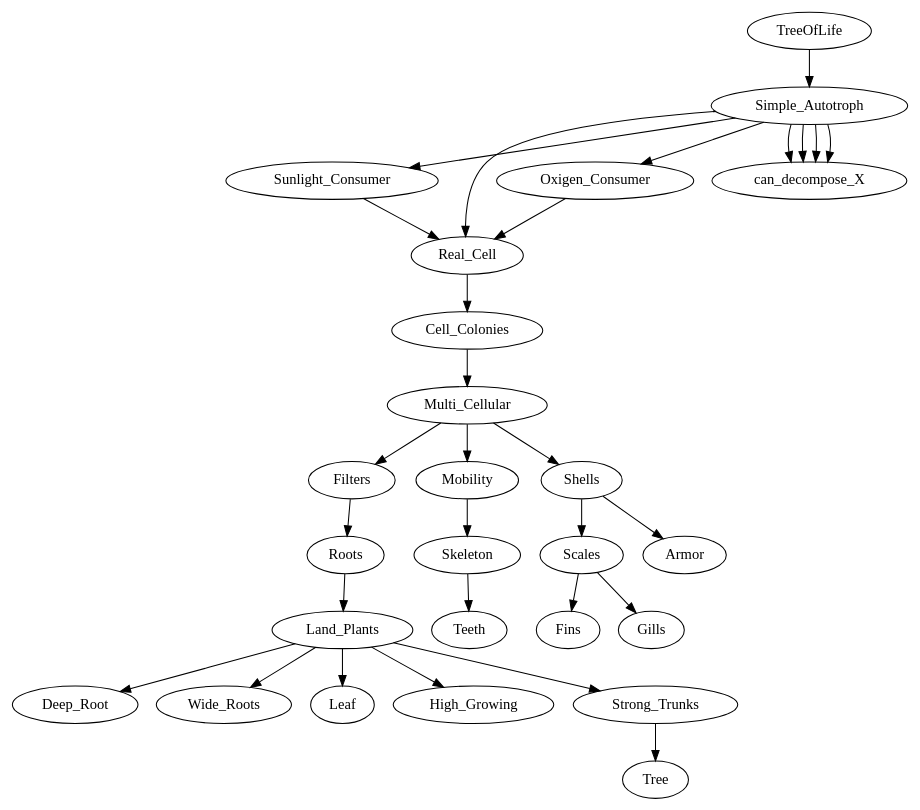
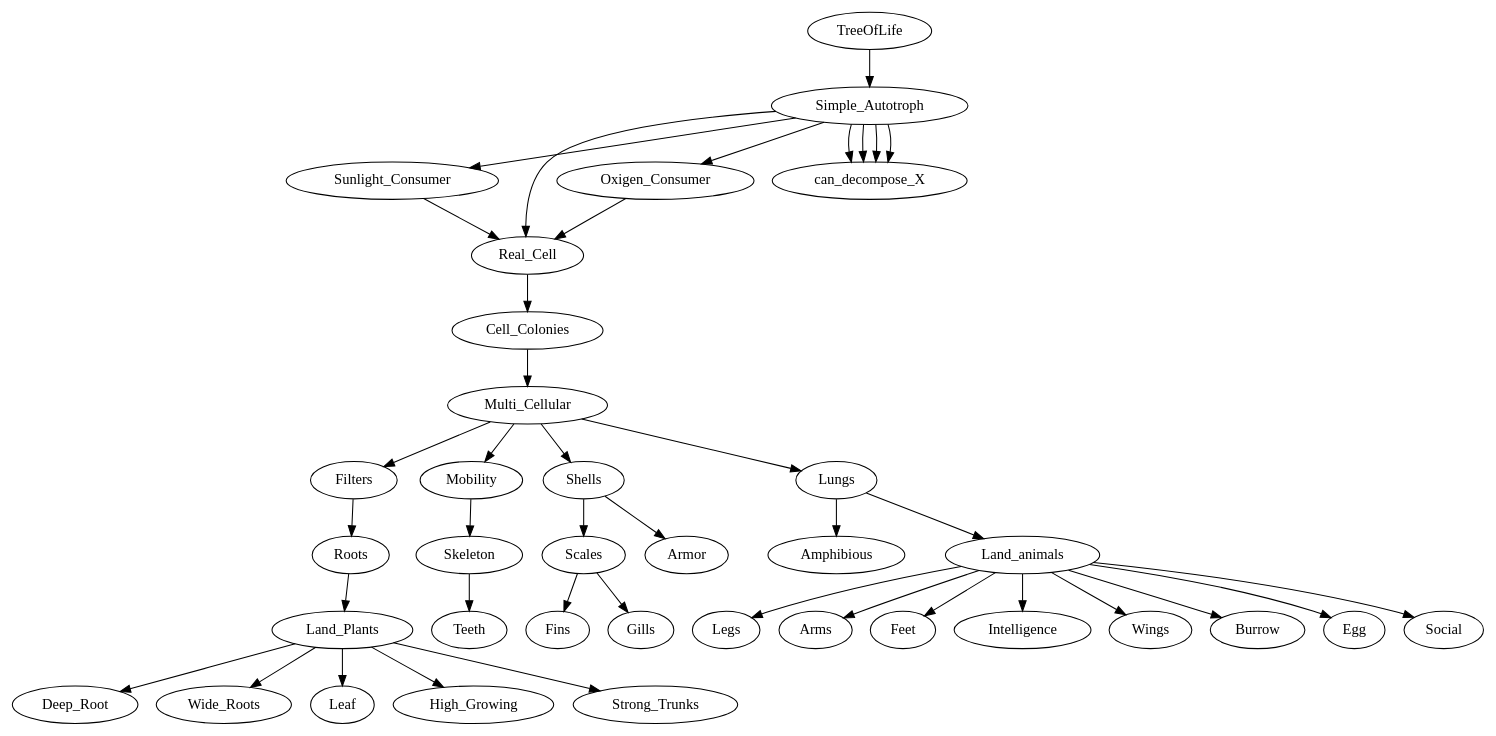
One commit to MoYapro/idleWorldSim changed the diagram in TreeOfLife.dot. Above: the diagram before and after it, drawn with Graphviz.

Commit message:
add tree of life graph start II

```diff
--- a/TreeOfLife.dot
+++ b/TreeOfLife.dot
@@ -1,57 +1,70 @@
 digraph G {
 
     TreeOfLife ->
     Simple_Autotroph ->
     Sunlight_Consumer ->
     Real_Cell ->
     Cell_Colonies
     Oxigen_Consumer -> Real_Cell
     Simple_Autotroph -> Real_Cell
     Simple_Autotroph -> Oxigen_Consumer
     Simple_Autotroph -> can_decompose_X
     Simple_Autotroph -> can_decompose_X
     Simple_Autotroph -> can_decompose_X
     Simple_Autotroph -> can_decompose_X
 
     Cell_Colonies -> Multi_Cellular
 
     subgraph {
     Multi_Cellular -> Filters
     Multi_Cellular -> Mobility
     Multi_Cellular -> Shells
     Filters -> Roots
 
     Shells -> Scales
     Shells -> Armor
     Scales -> Fins
     Scales -> Gills
 
 
 
 
     Mobility -> Skeleton
-
-    -> Teeth
+    Skeleton -> Teeth
+    Multi_Cellular -> Lungs
     }
 
 
 
     subgraph {
     Roots -> Land_Plants
     Land_Plants -> Deep_Root
     Land_Plants -> Wide_Roots
     Land_Plants -> Leaf
     Land_Plants -> High_Growing
     Land_Plants -> Strong_Trunks
     }
 
+    subgraph {
+    Lungs -> Amphibious
+    }
 
 
     subgraph {
-    Strong_Trunks -> Tree
+    Lungs -> Land_animals
+    Land_animals -> Legs
+    Land_animals -> Arms
+    Land_animals -> Feet
+    Land_animals -> Intelligence
+    Land_animals -> Wings
+    Land_animals -> Burrow
+    Land_animals -> Egg
+    Land_animals -> Social
+
     }
 
 
 
 
+
 }
```
